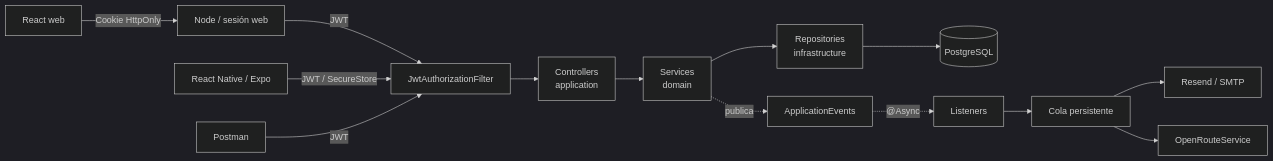
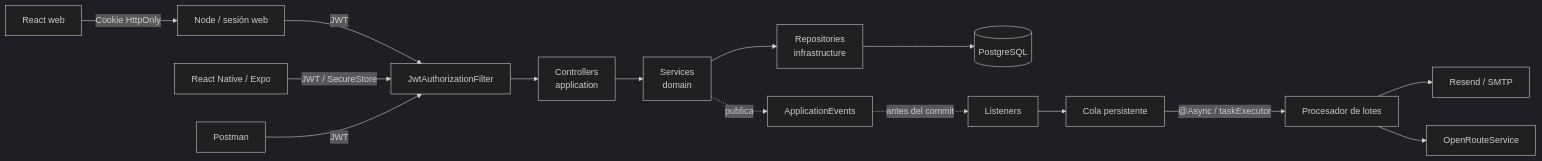
One commit to Adrian0raffo/QSale changed the first of 2 diagrams in README.md. Above: the diagram before and after it, drawn with Mermaid (dark theme). The commit also changed 4 other files, not shown here.

````diff
--- a/README.md
+++ b/README.md
@@ -82,16 +82,17 @@
 ```mermaid
 flowchart LR
     Web[React web] -->|Cookie HttpOnly| Session[Node / sesión web]
     Session -->|JWT| Filter[JwtAuthorizationFilter]
     Mobile[React Native / Expo] -->|JWT / SecureStore| Filter
     Client[Postman] -->|JWT| Filter
     Filter --> Controller[Controllers<br/>application]
     Controller --> Service[Services<br/>domain]
     Service --> Repository[Repositories<br/>infrastructure]
     Repository --> DB[(PostgreSQL)]
     Service -. publica .-> Events[ApplicationEvents]
-    Events -. "@Async" .-> Listeners[Listeners]
+    Events -. "antes del commit" .-> Listeners[Listeners]
     Listeners --> Jobs[Cola persistente]
-    Jobs --> Mail[Resend / SMTP]
-    Jobs --> ORS[OpenRouteService]
+    Jobs -->|"@Async / taskExecutor"| Worker[Procesador de lotes]
+    Worker --> Mail[Resend / SMTP]
+    Worker --> ORS[OpenRouteService]
 ```
````
